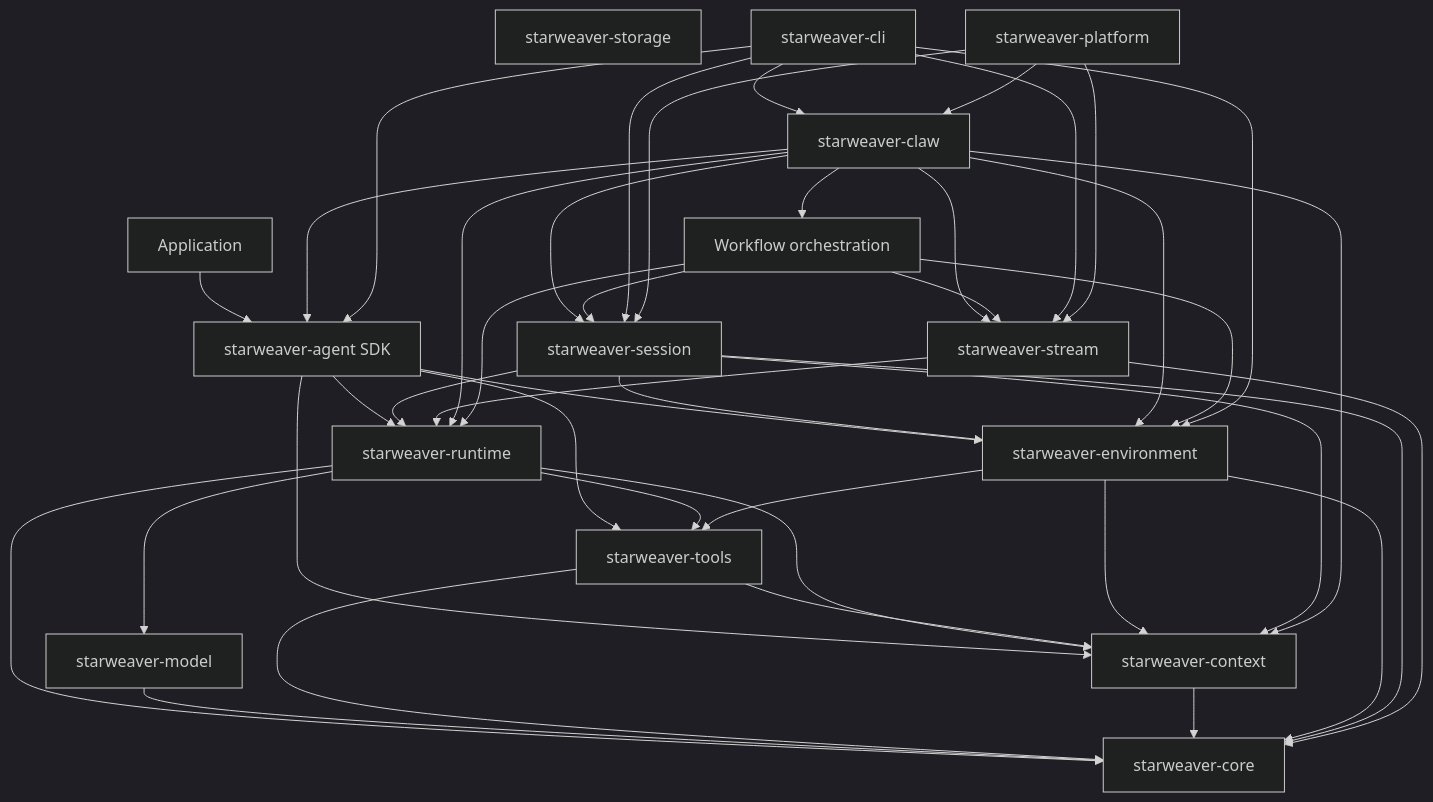
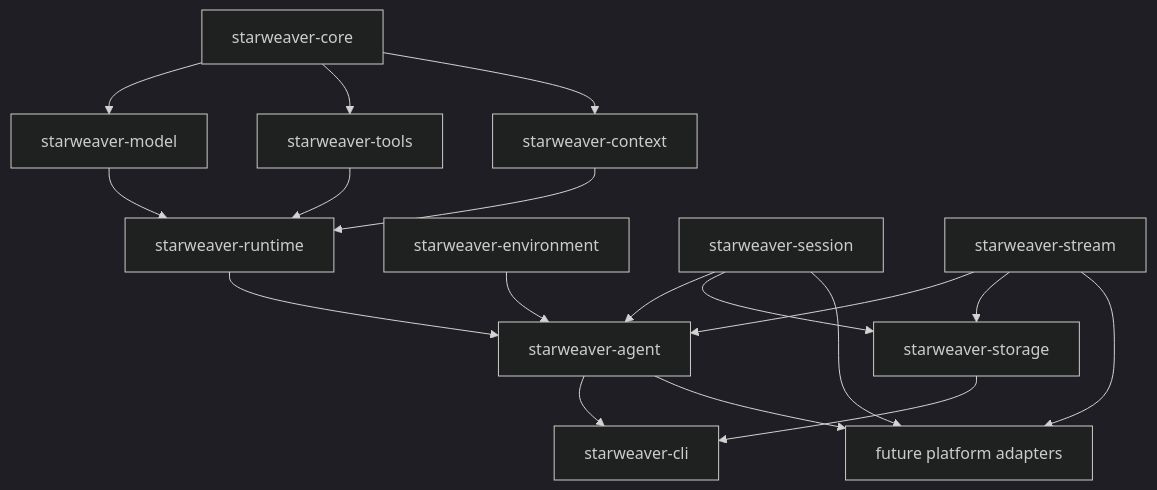
One commit to Wh1isper/starweaver changed the diagram in spec/README.md. Above: the diagram before and after it, drawn with Mermaid (dark theme). The commit also changed other lines of this file and 216 other files, not shown here.

First line of the commit message:
feat: add SDK primitives and remove Claw service

````diff
--- a/spec/README.md
+++ b/spec/README.md
@@ -41,60 +40,33 @@
 ```mermaid
 flowchart TD
-    app[Application]
-    sdk[starweaver-agent SDK]
-    runtime[starweaver-runtime]
+    core[starweaver-core]
     model[starweaver-model]
     tools[starweaver-tools]
     context[starweaver-context]
-    core[starweaver-core]
+    runtime[starweaver-runtime]
+    agent[starweaver-agent]
     env[starweaver-environment]
     session[starweaver-session]
     stream[starweaver-stream]
     storage[starweaver-storage]
-    claw[starweaver-claw]
-    workflow[Workflow orchestration]
     cli[starweaver-cli]
-    platform[starweaver-platform]
+    platform[future platform adapters]
 
-    app --> sdk
-    sdk --> runtime
-    sdk --> tools
-    sdk --> context
-    sdk --> env
-    runtime --> model
-    runtime --> tools
-    runtime --> context
-    runtime --> core
-    model --> core
-    tools --> core
-    tools --> context
-    context --> core
-    env --> core
-    env --> context
-    env --> tools
-    session --> core
-    session --> runtime
-    session --> context
-    session --> env
-    stream --> core
-    stream --> runtime
-    claw --> session
-    claw --> stream
-    claw --> sdk
-    claw --> runtime
-    claw --> context
-    claw --> env
-    claw --> workflow
-    workflow --> session
-    workflow --> stream
-    workflow --> runtime
-    workflow --> env
-    cli --> session
-    cli --> stream
-    cli --> sdk
-    cli --> env
-    cli --> claw
-    platform --> stream
-    platform --> session
-    platform --> claw
+    core --> model
+    core --> tools
+    core --> context
+    model --> runtime
+    tools --> runtime
+    context --> runtime
+    runtime --> agent
+    env --> agent
+    session --> agent
+    stream --> agent
+    session --> storage
+    stream --> storage
+    agent --> cli
+    storage --> cli
+    session --> platform
+    stream --> platform
+    agent --> platform
 ```
````
